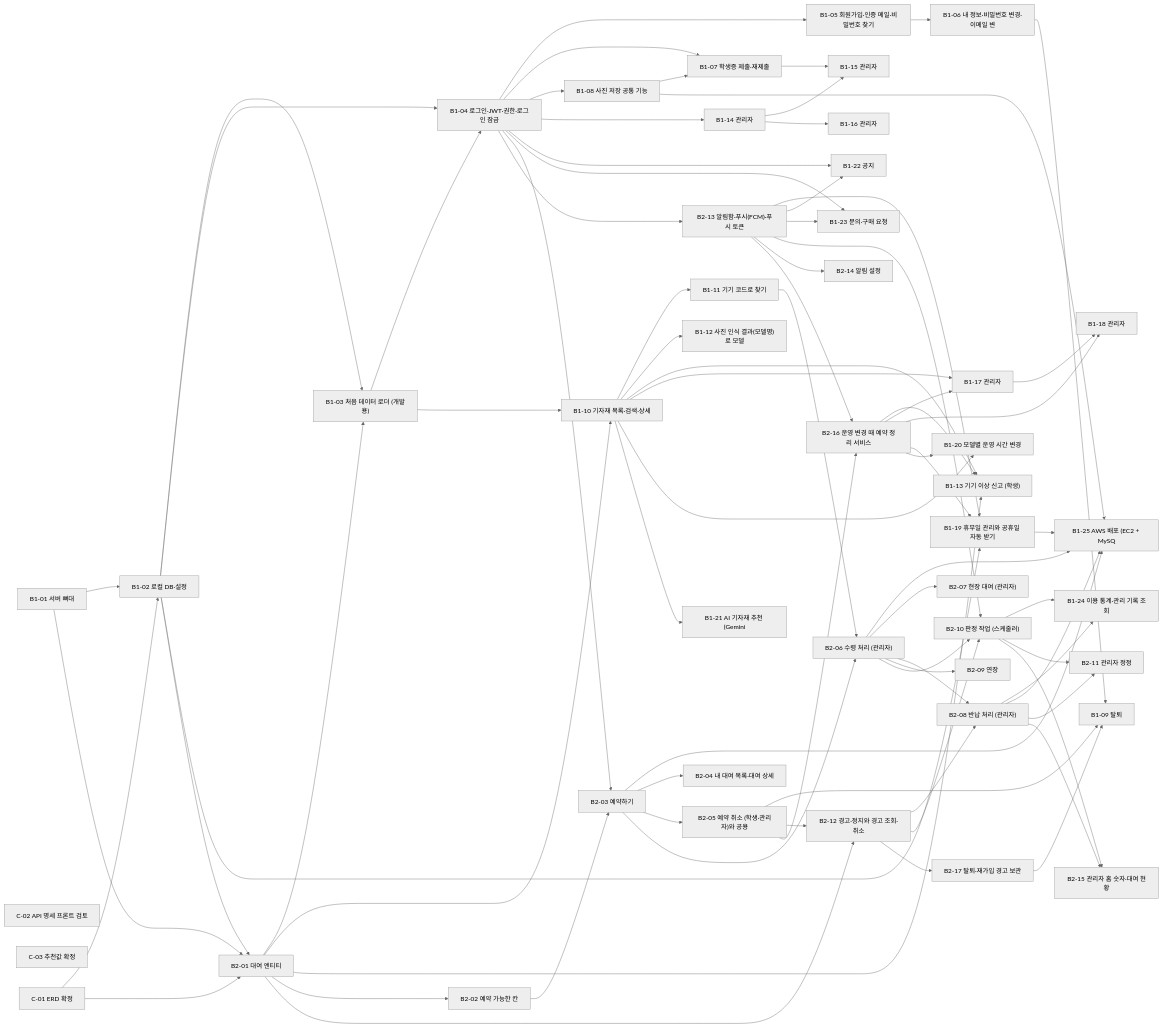
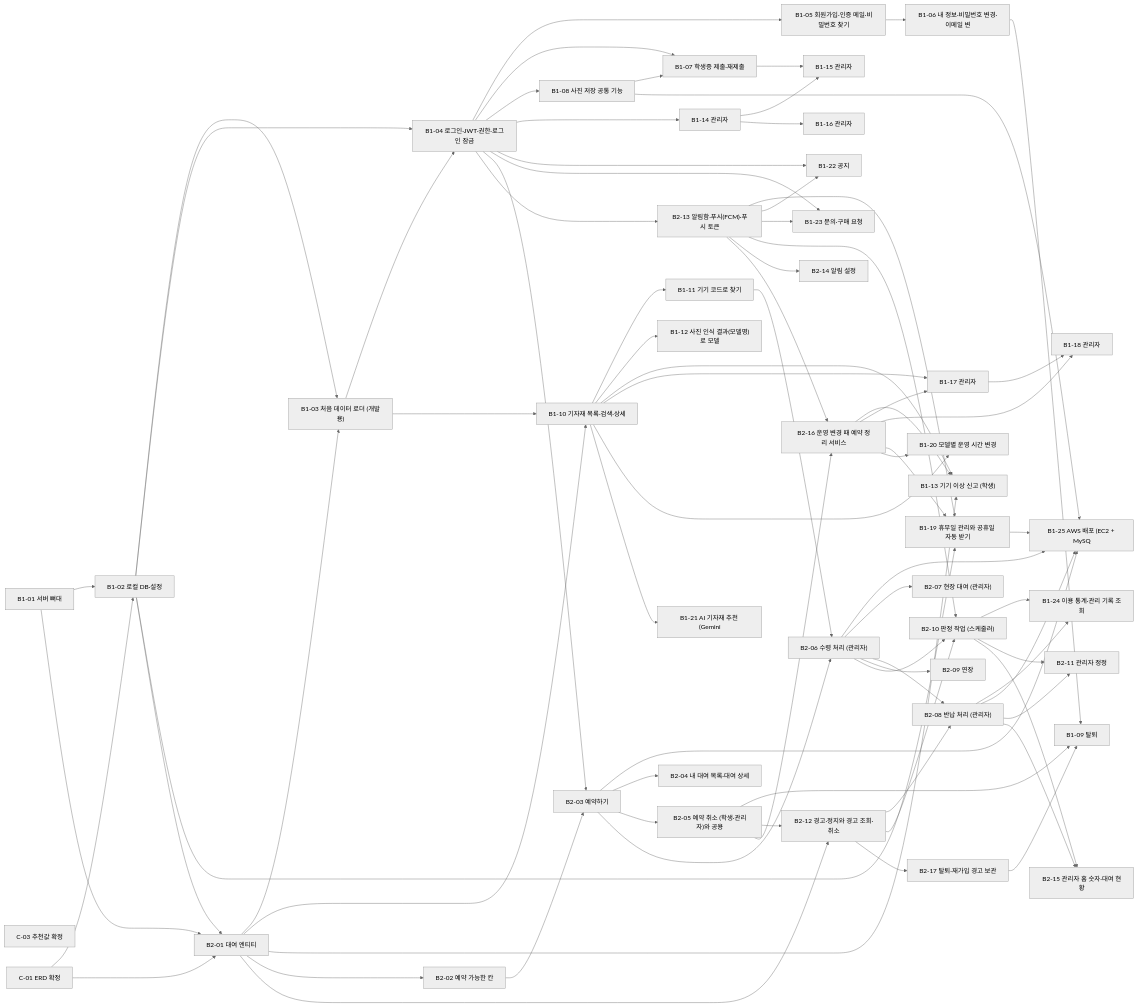
Before and after one commit to Hansung-SmartRent/SmartRent-Server: the diagram in docs/issues/README.md, drawn with Mermaid (neutral theme). The commit also changed other lines of this file and 5 other files, not shown here.

Commit message:
docs: C-02 API 명세 프론트 검토 이슈 삭제

````diff
--- a/docs/issues/README.md
+++ b/docs/issues/README.md
@@ -41,7 +41,6 @@
 ```mermaid
 flowchart LR
   C_01["C-01 ERD 확정"]
-  C_02["C-02 API 명세 프론트 검토"]
   C_03["C-03 추천값 확정"]
   B1_01["B1-01 서버 뼈대"]
   B1_02["B1-02 로컬 DB·설정"]
````
